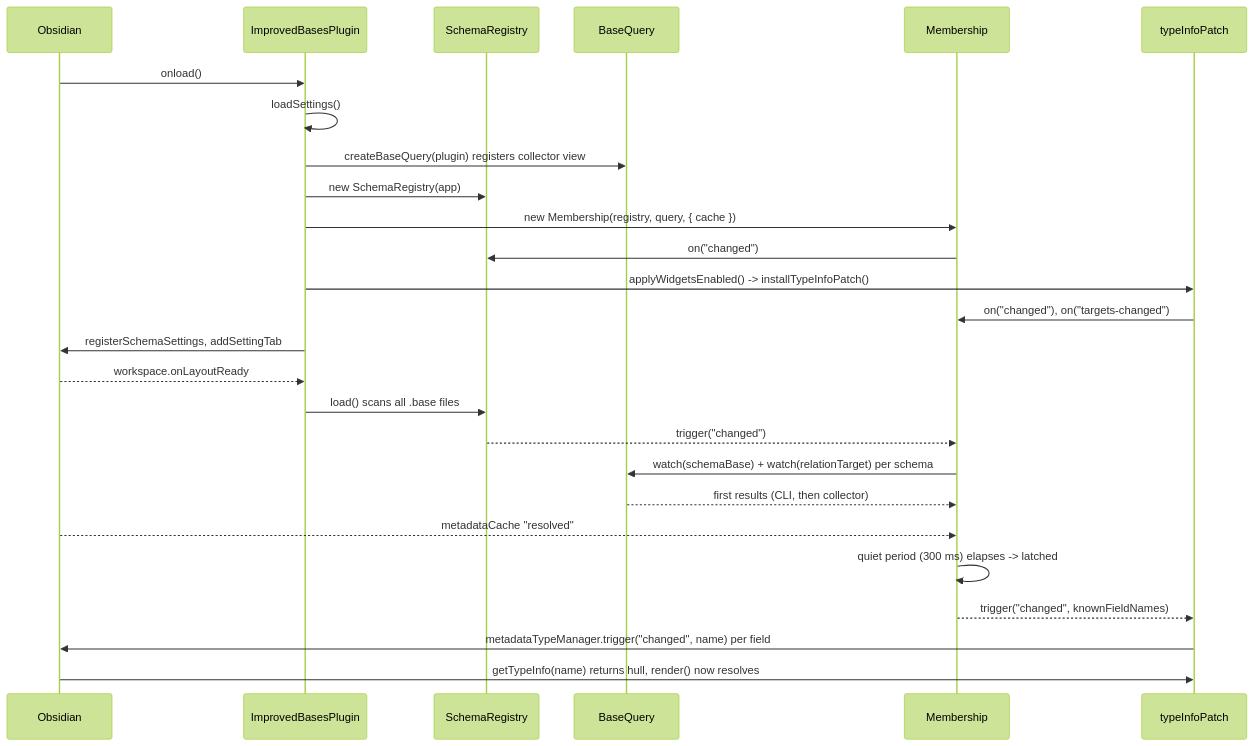
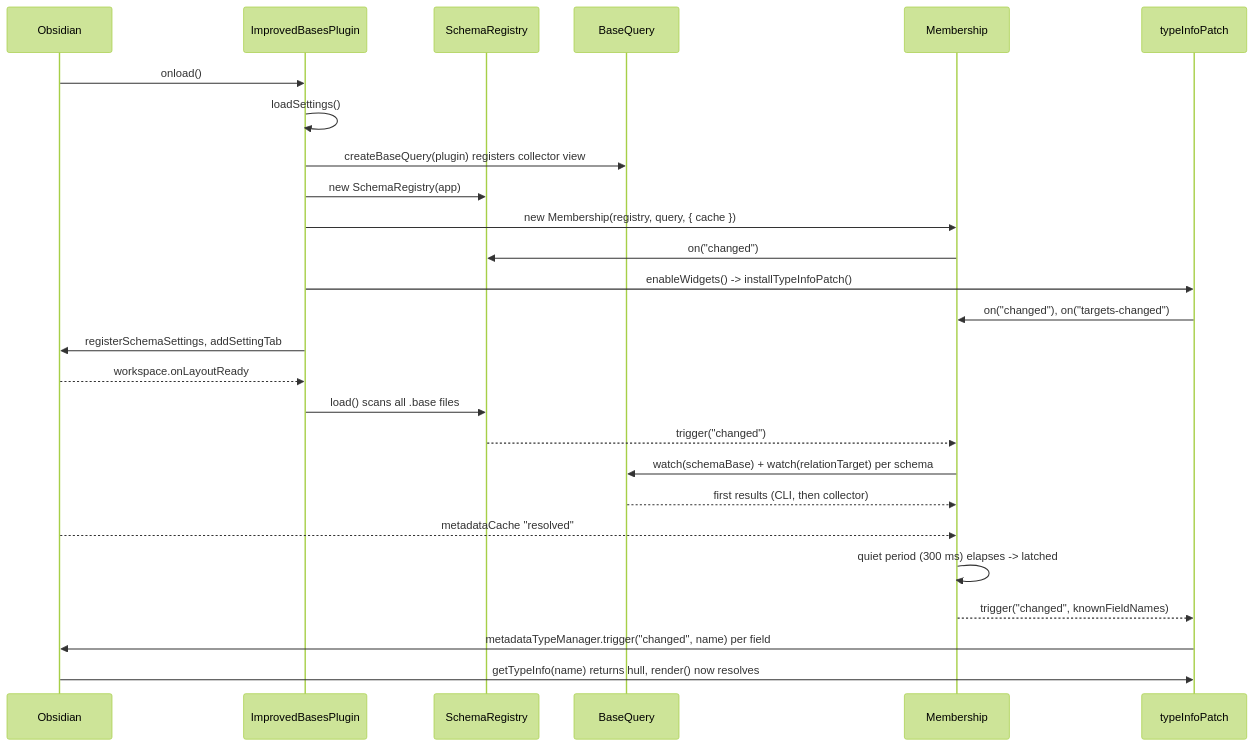
One commit to Macavity/obsidian-improved-bases changed the diagram in wiki/flows/plugin-load-and-ready.md. Above: the diagram before and after it, drawn with Mermaid (forest theme). The commit also changed other lines of this file and 14 other files, not shown here.

````diff
--- a/wiki/flows/plugin-load-and-ready.md
+++ b/wiki/flows/plugin-load-and-ready.md
@@ -21,28 +21,28 @@
 ```mermaid
 sequenceDiagram
   participant O as Obsidian
   participant P as ImprovedBasesPlugin
   participant R as SchemaRegistry
   participant Q as BaseQuery
   participant M as Membership
   participant T as typeInfoPatch
   O->>P: onload()
   P->>P: loadSettings()
   P->>Q: createBaseQuery(plugin) registers collector view
   P->>R: new SchemaRegistry(app)
   P->>M: new Membership(registry, query, { cache })
   M->>R: on("changed")
-  P->>T: applyWidgetsEnabled() -> installTypeInfoPatch()
+  P->>T: enableWidgets() -> installTypeInfoPatch()
   T->>M: on("changed"), on("targets-changed")
   P->>O: registerSchemaSettings, addSettingTab
   O-->>P: workspace.onLayoutReady
   P->>R: load() scans all .base files
   R-->>M: trigger("changed")
   M->>Q: watch(schemaBase) + watch(relationTarget) per schema
   Q-->>M: first results (CLI, then collector)
   O-->>M: metadataCache "resolved"
   M->>M: quiet period (300 ms) elapses -> latched
   M-->>T: trigger("changed", knownFieldNames)
   T->>O: metadataTypeManager.trigger("changed", name) per field
   O->>T: getTypeInfo(name) returns hull, render() now resolves
 ```
````
